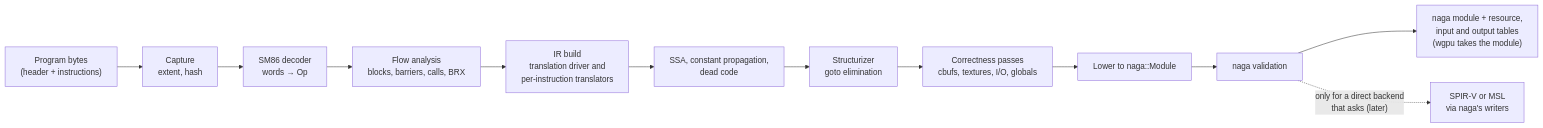
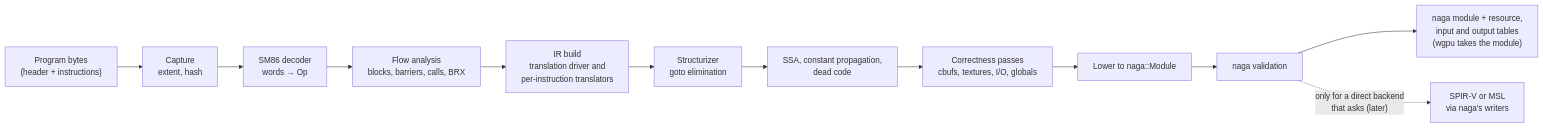
The diagram in docs/specs/shader-pipeline.md (Syynth/starquake), drawn with Mermaid before and after one commit. The commit also changed other lines of this file and 2 other files, not shown here.

First line of the commit message:
docs: follow Eden's order for SSA and structuring

````diff
--- a/docs/specs/shader-pipeline.md
+++ b/docs/specs/shader-pipeline.md
@@ -193,14 +193,14 @@
 ```mermaid
 flowchart LR
     bytes["Program bytes<br/>(header + instructions)"] --> capture["Capture<br/>extent, hash"]
     capture --> decode["SM86 decoder<br/>words → Op"]
     decode --> flow["Flow analysis<br/>blocks, barriers, calls, BRX"]
     flow --> build["IR build<br/>translation driver and<br/>per-instruction translators"]
-    build --> ssa["SSA, constant propagation,<br/>dead code"]
-    ssa --> struct["Structurizer<br/>goto elimination"]
-    struct --> passes["Correctness passes<br/>cbufs, textures, I/O, globals"]
+    build --> struct["Structurizer<br/>goto elimination"]
+    struct --> ssa["SSA, constant propagation,<br/>dead code"]
+    ssa --> passes["Correctness passes<br/>cbufs, textures, I/O, globals"]
     passes --> lower["Lower to naga::Module"]
     lower --> valid["naga validation"]
     valid --> out["naga module + resource,<br/>input and output tables<br/>(wgpu takes the module)"]
     valid -.->|"only for a direct backend<br/>that asks (later)"| emit["SPIR-V or MSL<br/>via naga's writers"]
 ```
````
